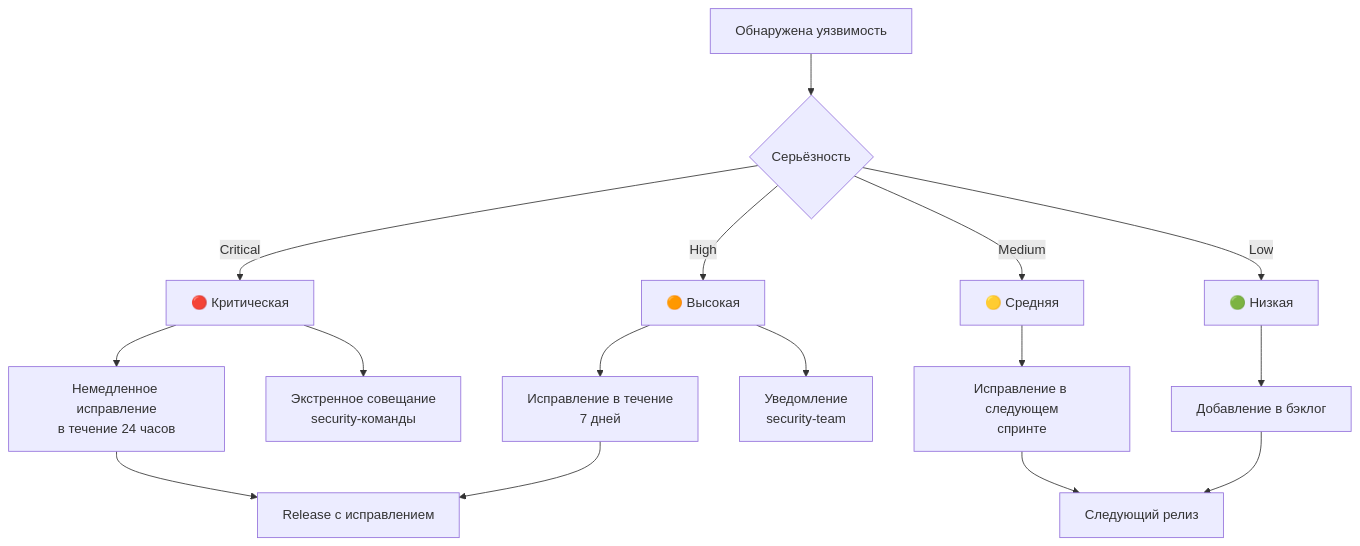
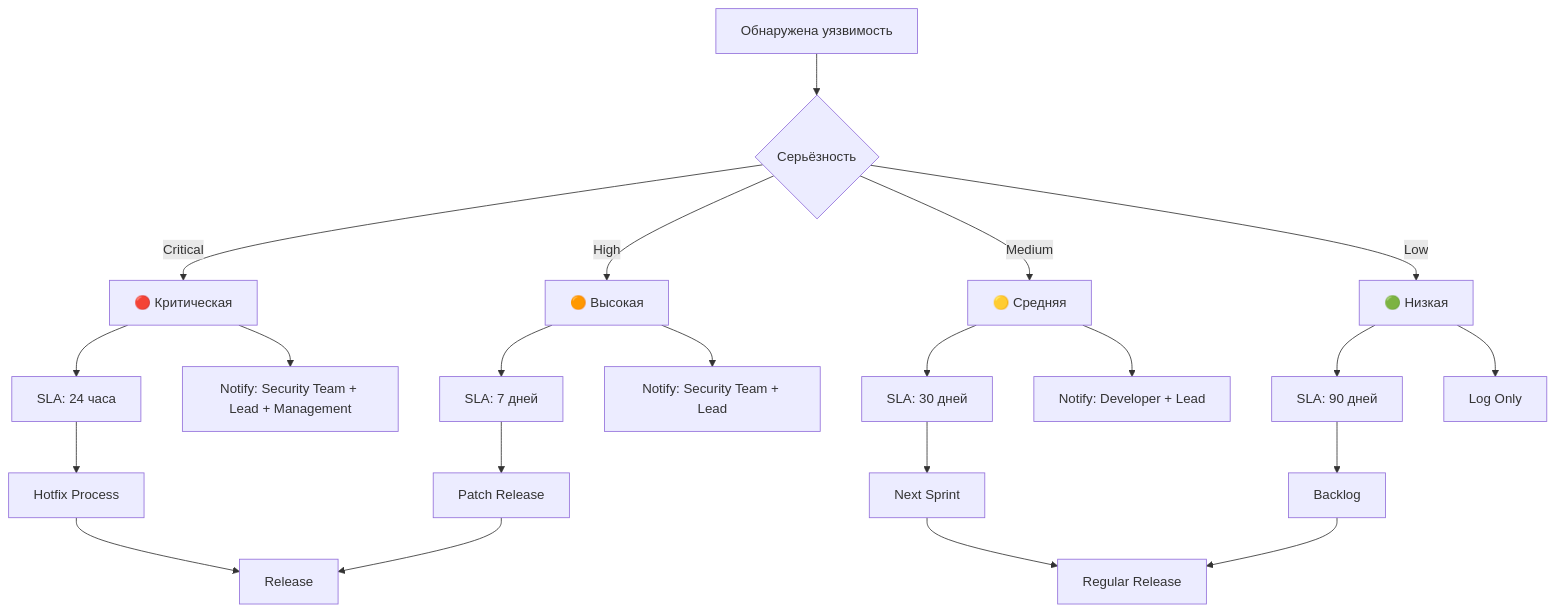
The third of 7 diagrams in development-plan/07-security.md (Goldie228/GoldPC), drawn with Mermaid before and after one commit. The commit also changed other lines of this file, not shown here.

````diff
--- a/development-plan/07-security.md
+++ b/development-plan/07-security.md
@@ -457,21 +700,29 @@
 ```mermaid
 flowchart TD
     V[Обнаружена уязвимость] --> S{Серьёзность}
+    
     S -->|Critical| C1[🔴 Критическая]
     S -->|High| C2[🟠 Высокая]
     S -->|Medium| C3[🟡 Средняя]
     S -->|Low| C4[🟢 Низкая]
     
-    C1 --> A1[Немедленное исправление<br/>в течение 24 часов]
-    C2 --> A2[Исправление в течение<br/>7 дней]
-    C3 --> A3[Исправление в следующем<br/>спринте]
-    C4 --> A4[Добавление в бэклог]
+    C1 --> T1[SLA: 24 часа]
+    C2 --> T2[SLA: 7 дней]
+    C3 --> T3[SLA: 30 дней]
+    C4 --> T4[SLA: 90 дней]
     
-    A1 --> R[Release с исправлением]
-    A2 --> R
-    A3 --> N[Следующий релиз]
-    A4 --> N
+    T1 --> P1[Hotfix Process]
+    T2 --> P2[Patch Release]
+    T3 --> P3[Next Sprint]
+    T4 --> P4[Backlog]
     
-    C1 --> E[Экстренное совещание<br/>security-команды]
-    C2 --> N2[Уведомление<br/>security-team]
+    P1 --> R[Release]
+    P2 --> R
+    P3 --> N[Regular Release]
+    P4 --> N
+    
+    C1 --> N1[Notify: Security Team + Lead + Management]
+    C2 --> N2[Notify: Security Team + Lead]
+    C3 --> N3[Notify: Developer + Lead]
+    C4 --> N4[Log Only]
 ```
````
